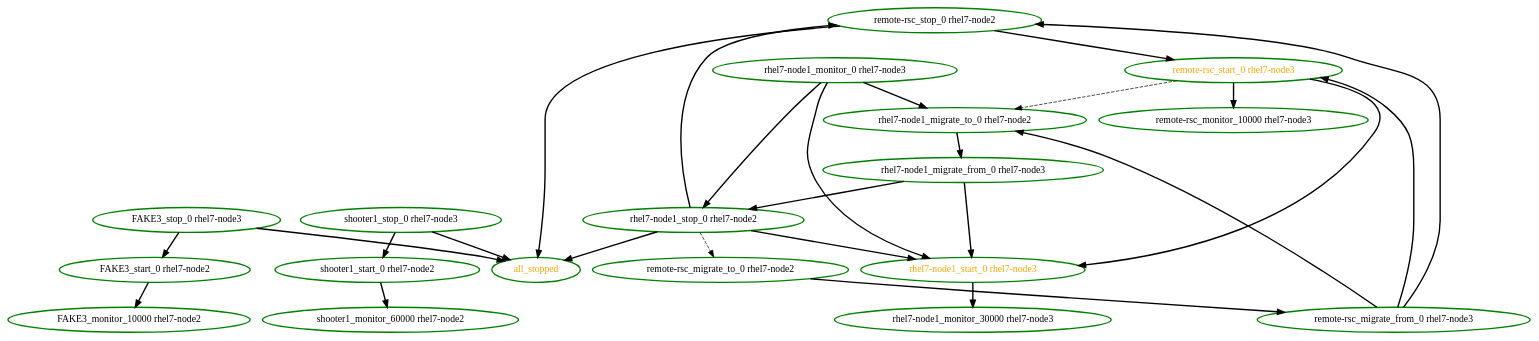
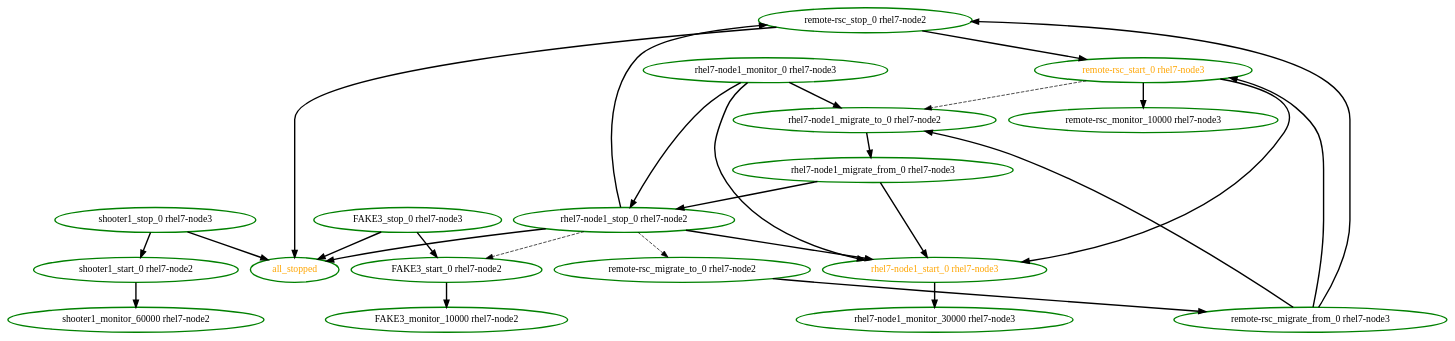
The diagram in pengine/test10/whitebox-migrate1.dot (ClusterLabs/pacemaker), drawn with Graphviz before and after one commit. The commit also changed 63 other files, not shown here.

```diff
--- a/pengine/test10/whitebox-migrate1.dot
+++ b/pengine/test10/whitebox-migrate1.dot
@@ -1,46 +1,47 @@
  digraph "g" {
 "FAKE3_monitor_10000 rhel7-node2" [ style=bold color="green" fontcolor="black"]
 "FAKE3_start_0 rhel7-node2" -> "FAKE3_monitor_10000 rhel7-node2" [ style = bold]
 "FAKE3_start_0 rhel7-node2" [ style=bold color="green" fontcolor="black"]
 "FAKE3_stop_0 rhel7-node3" -> "FAKE3_start_0 rhel7-node2" [ style = bold]
 "FAKE3_stop_0 rhel7-node3" -> "all_stopped" [ style = bold]
 "FAKE3_stop_0 rhel7-node3" [ style=bold color="green" fontcolor="black"]
 "all_stopped" [ style=bold color="green" fontcolor="orange"]
 "remote-rsc_migrate_from_0 rhel7-node3" -> "remote-rsc_start_0 rhel7-node3" [ style = bold]
 "remote-rsc_migrate_from_0 rhel7-node3" -> "remote-rsc_stop_0 rhel7-node2" [ style = bold]
 "remote-rsc_migrate_from_0 rhel7-node3" -> "rhel7-node1_migrate_to_0 rhel7-node2" [ style = bold]
 "remote-rsc_migrate_from_0 rhel7-node3" [ style=bold color="green" fontcolor="black"]
 "remote-rsc_migrate_to_0 rhel7-node2" -> "remote-rsc_migrate_from_0 rhel7-node3" [ style = bold]
 "remote-rsc_migrate_to_0 rhel7-node2" [ style=bold color="green" fontcolor="black"]
 "remote-rsc_monitor_10000 rhel7-node3" [ style=bold color="green" fontcolor="black"]
 "remote-rsc_start_0 rhel7-node3" -> "remote-rsc_monitor_10000 rhel7-node3" [ style = bold]
 "remote-rsc_start_0 rhel7-node3" -> "rhel7-node1_migrate_to_0 rhel7-node2" [ style = dashed]
 "remote-rsc_start_0 rhel7-node3" -> "rhel7-node1_start_0 rhel7-node3" [ style = bold]
 "remote-rsc_start_0 rhel7-node3" [ style=bold color="green" fontcolor="orange"]
 "remote-rsc_stop_0 rhel7-node2" -> "all_stopped" [ style = bold]
 "remote-rsc_stop_0 rhel7-node2" -> "remote-rsc_start_0 rhel7-node3" [ style = bold]
 "remote-rsc_stop_0 rhel7-node2" [ style=bold color="green" fontcolor="black"]
 "rhel7-node1_migrate_from_0 rhel7-node3" -> "rhel7-node1_start_0 rhel7-node3" [ style = bold]
 "rhel7-node1_migrate_from_0 rhel7-node3" -> "rhel7-node1_stop_0 rhel7-node2" [ style = bold]
 "rhel7-node1_migrate_from_0 rhel7-node3" [ style=bold color="green" fontcolor="black"]
 "rhel7-node1_migrate_to_0 rhel7-node2" -> "rhel7-node1_migrate_from_0 rhel7-node3" [ style = bold]
 "rhel7-node1_migrate_to_0 rhel7-node2" [ style=bold color="green" fontcolor="black"]
 "rhel7-node1_monitor_0 rhel7-node3" -> "rhel7-node1_migrate_to_0 rhel7-node2" [ style = bold]
 "rhel7-node1_monitor_0 rhel7-node3" -> "rhel7-node1_start_0 rhel7-node3" [ style = bold]
 "rhel7-node1_monitor_0 rhel7-node3" -> "rhel7-node1_stop_0 rhel7-node2" [ style = bold]
 "rhel7-node1_monitor_0 rhel7-node3" [ style=bold color="green" fontcolor="black"]
 "rhel7-node1_monitor_30000 rhel7-node3" [ style=bold color="green" fontcolor="black"]
 "rhel7-node1_start_0 rhel7-node3" -> "rhel7-node1_monitor_30000 rhel7-node3" [ style = bold]
 "rhel7-node1_start_0 rhel7-node3" [ style=bold color="green" fontcolor="orange"]
+"rhel7-node1_stop_0 rhel7-node2" -> "FAKE3_start_0 rhel7-node2" [ style = dashed]
 "rhel7-node1_stop_0 rhel7-node2" -> "all_stopped" [ style = bold]
 "rhel7-node1_stop_0 rhel7-node2" -> "remote-rsc_migrate_to_0 rhel7-node2" [ style = dashed]
 "rhel7-node1_stop_0 rhel7-node2" -> "remote-rsc_stop_0 rhel7-node2" [ style = bold]
 "rhel7-node1_stop_0 rhel7-node2" -> "rhel7-node1_start_0 rhel7-node3" [ style = bold]
 "rhel7-node1_stop_0 rhel7-node2" [ style=bold color="green" fontcolor="black"]
 "shooter1_monitor_60000 rhel7-node2" [ style=bold color="green" fontcolor="black"]
 "shooter1_start_0 rhel7-node2" -> "shooter1_monitor_60000 rhel7-node2" [ style = bold]
 "shooter1_start_0 rhel7-node2" [ style=bold color="green" fontcolor="black"]
 "shooter1_stop_0 rhel7-node3" -> "all_stopped" [ style = bold]
 "shooter1_stop_0 rhel7-node3" -> "shooter1_start_0 rhel7-node2" [ style = bold]
 "shooter1_stop_0 rhel7-node3" [ style=bold color="green" fontcolor="black"]
 }
```
